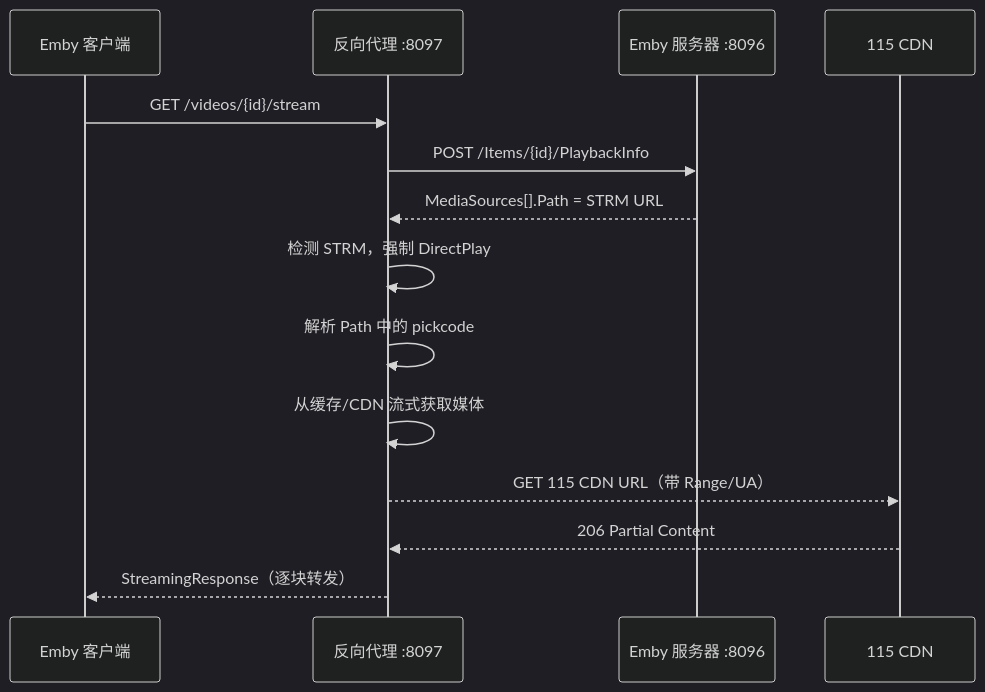
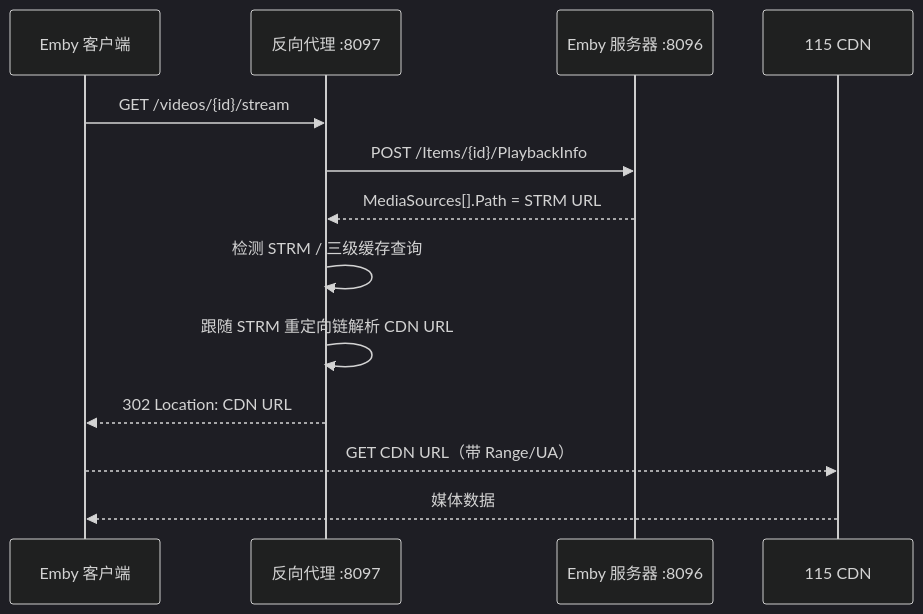
One commit to cdlongbow/115StrmTool changed the second of 3 diagrams in .monkeycode/docs/ARCHITECTURE.md. Above: the diagram before and after it, drawn with Mermaid (dark theme). The commit also changed other lines of this file and 9 other files, not shown here.

````diff
--- a/.monkeycode/docs/ARCHITECTURE.md
+++ b/.monkeycode/docs/ARCHITECTURE.md
@@ -147,17 +147,16 @@
 ```mermaid
 sequenceDiagram
     participant Client as Emby 客户端
     participant Proxy as 反向代理 :8097
     participant EmbySrv as Emby 服务器 :8096
     participant CDN as 115 CDN
 
     Client->>Proxy: GET /videos/{id}/stream
     Proxy->>EmbySrv: POST /Items/{id}/PlaybackInfo
     EmbySrv-->>Proxy: MediaSources[].Path = STRM URL
-    Proxy->>Proxy: 检测 STRM，强制 DirectPlay
-    Proxy->>Proxy: 解析 Path 中的 pickcode
-    Proxy->>Proxy: 从缓存/CDN 流式获取媒体
-    Proxy-->>CDN: GET 115 CDN URL（带 Range/UA）
-    CDN-->>Proxy: 206 Partial Content
-    Proxy-->>Client: StreamingResponse（逐块转发）
+    Proxy->>Proxy: 检测 STRM / 三级缓存查询
+    Proxy->>Proxy: 跟随 STRM 重定向链解析 CDN URL
+    Proxy-->>Client: 302 Location: CDN URL
+    Client-->>CDN: GET CDN URL（带 Range/UA）
+    CDN-->>Client: 媒体数据
 ```
````
